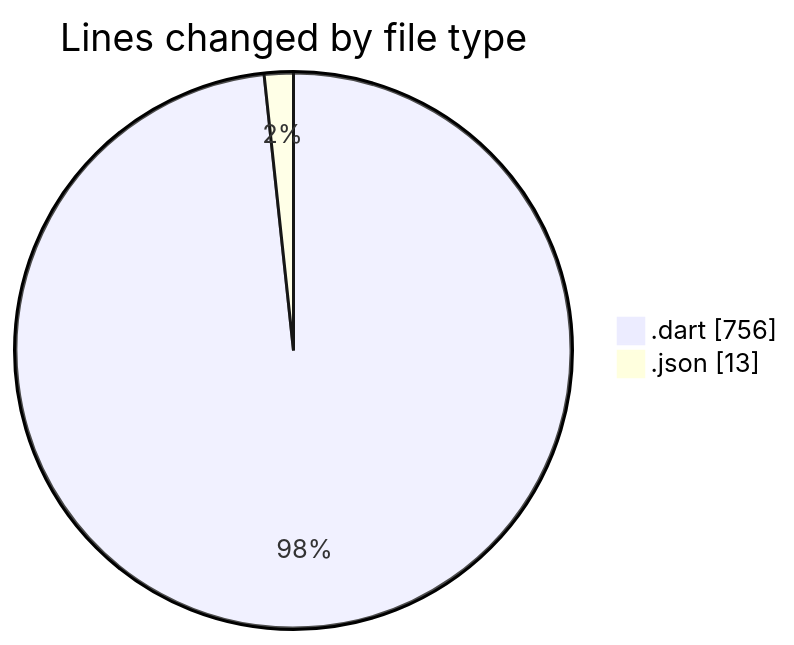
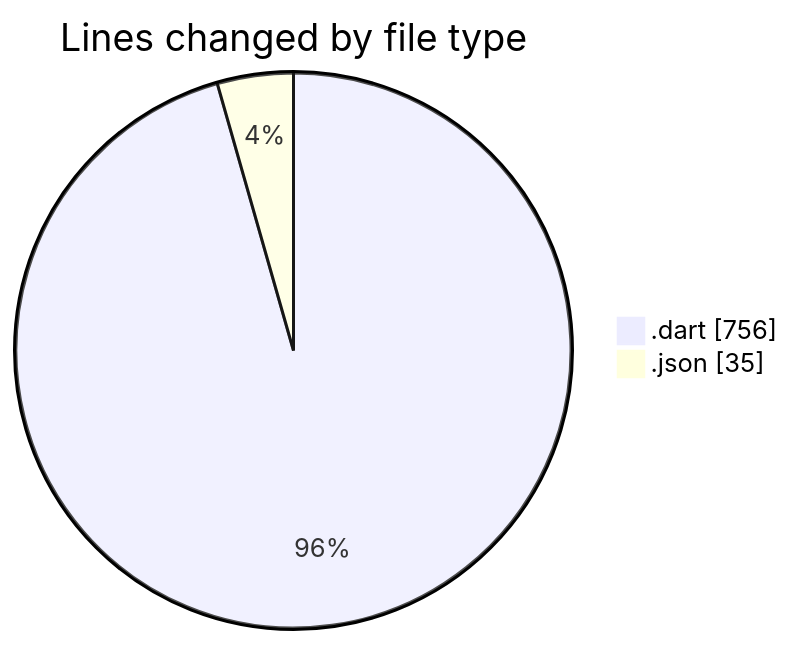
The first of 2 diagrams in 2025-09-08/quanlylink/README.md (lephambinh05/code-tracking), drawn with Mermaid before and after one commit. The commit also changed other lines of this file and 1 other file, not shown here.

````diff
--- a/2025-09-08/quanlylink/README.md
+++ b/2025-09-08/quanlylink/README.md
@@ -24,6 +24,6 @@
 ```mermaid
 pie showData
 title Lines changed by file type
 ".dart" : 756
-".json" : 13
+".json" : 35
 ```
````
